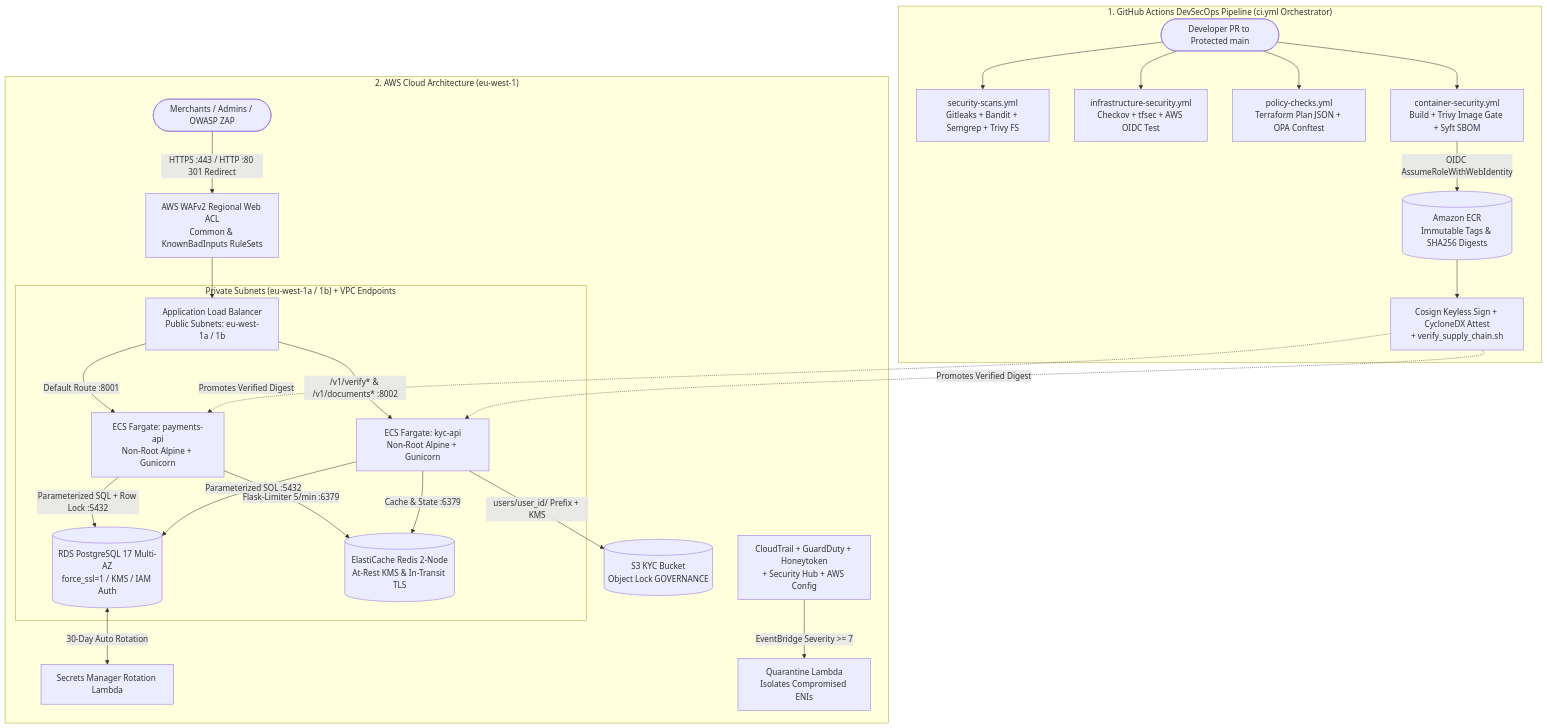
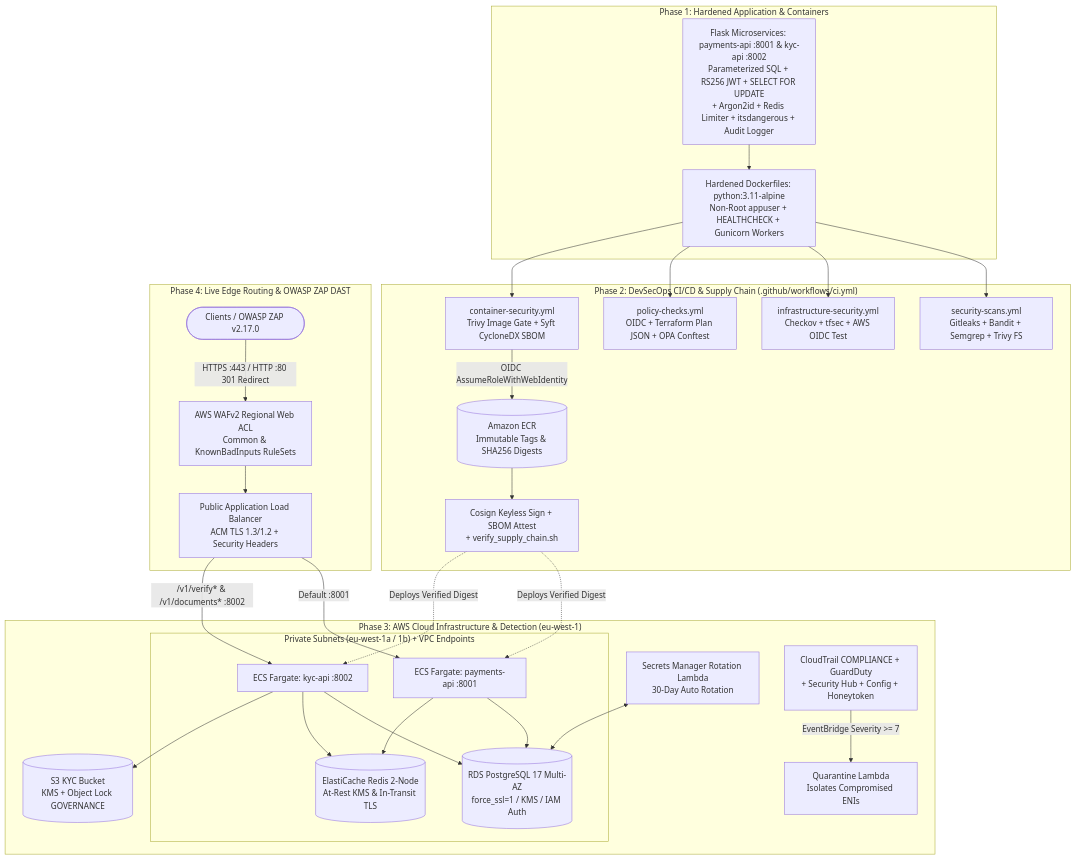
Before and after one commit to ch1n4x4/Sentinelpay: the diagram in README.md, drawn with Mermaid. The commit also changed other lines of this file, not shown here.

Commit message:
docs: add comprehensive SentinelPay architecture, setup, and troubleshooting guides

````diff
--- a/README.md
+++ b/README.md
@@ -55,32 +57,42 @@
 ```mermaid
 graph TB
-    subgraph CICD["1. GitHub Actions DevSecOps Pipeline (ci.yml Orchestrator)"]
-        PR([Developer PR to Protected main]) --> SecScan[security-scans.yml<br/>Gitleaks + Bandit + Semgrep + Trivy FS]
-        PR --> InfraScan[infrastructure-security.yml<br/>Checkov + tfsec + AWS OIDC Test]
-        PR --> PolicyScan[policy-checks.yml<br/>Terraform Plan JSON + OPA Conftest]
-        PR --> ContScan[container-security.yml<br/>Build + Trivy Image Gate + Syft SBOM]
-        ContScan -->|OIDC AssumeRoleWithWebIdentity| ECR[(Amazon ECR<br/>Immutable Tags & SHA256 Digests)]
-        ECR --> Cosign[Cosign Keyless Sign + CycloneDX Attest<br/>+ verify_supply_chain.sh]
+    subgraph Phase1["Phase 1: Hardened Application & Containers"]
+        AppCode[Flask Microservices: payments-api :8001 & kyc-api :8002<br/>Parameterized SQL + RS256 JWT + SELECT FOR UPDATE<br/>+ Argon2id + Redis Limiter + itsdangerous + Audit Logger]
+        Docker[Hardened Dockerfiles: python:3.11-alpine<br/>Non-Root appuser + HEALTHCHECK + Gunicorn Workers]
+        AppCode --> Docker
     end
 
-    subgraph AWS["2. AWS Cloud Architecture (eu-west-1)"]
-        Client([Merchants / Admins / OWASP ZAP]) -->|HTTPS :443 / HTTP :80 301 Redirect| WAF[AWS WAFv2 Regional Web ACL<br/>Common & KnownBadInputs RuleSets]
-        WAF --> ALB[Application Load Balancer<br/>Public Subnets: eu-west-1a / 1b]
-
-        subgraph PrivateVPC["Private Subnets (eu-west-1a / 1b) + VPC Endpoints"]
-            ALB -->|Default Route :8001| PayECS[ECS Fargate: payments-api<br/>Non-Root Alpine + Gunicorn]
-            ALB -->|/v1/verify* & /v1/documents* :8002| KycECS[ECS Fargate: kyc-api<br/>Non-Root Alpine + Gunicorn]
-            PayECS -->|Parameterized SQL + Row Lock :5432| RDS[(RDS PostgreSQL 17 Multi-AZ<br/>force_ssl=1 / KMS / IAM Auth)]
-            KycECS -->|Parameterized SQL :5432| RDS
-            PayECS -->|Flask-Limiter 5/min :6379| Redis[(ElastiCache Redis 2-Node<br/>At-Rest KMS & In-Transit TLS)]
-            KycECS -->|Cache & State :6379| Redis
-        end
-
-        KycECS -->|users/user_id/ Prefix + KMS| S3KYC[(S3 KYC Bucket<br/>Object Lock GOVERNANCE)]
-        RDS <-->|30-Day Auto Rotation| RotLambda[Secrets Manager Rotation Lambda]
-        Detect[CloudTrail + GuardDuty + Honeytoken<br/>+ Security Hub + AWS Config] -->|EventBridge Severity >= 7| QuarLambda[Quarantine Lambda<br/>Isolates Compromised ENIs]
+    subgraph Phase2["Phase 2: DevSecOps CI/CD & Supply Chain (.github/workflows/ci.yml)"]
+        Docker --> SecWf[security-scans.yml<br/>Gitleaks + Bandit + Semgrep + Trivy FS]
+        Docker --> InfraWf[infrastructure-security.yml<br/>Checkov + tfsec + AWS OIDC Test]
+        Docker --> PolWf[policy-checks.yml<br/>OIDC + Terraform Plan JSON + OPA Conftest]
+        Docker --> ContWf[container-security.yml<br/>Trivy Image Gate + Syft CycloneDX SBOM]
+        ContWf -->|OIDC AssumeRoleWithWebIdentity| ECR[(Amazon ECR<br/>Immutable Tags & SHA256 Digests)]
+        ECR --> Cosign[Cosign Keyless Sign + SBOM Attest<br/>+ verify_supply_chain.sh]
     end
 
-    Cosign -.->|Promotes Verified Digest| PayECS
-    Cosign -.->|Promotes Verified Digest| KycECS
+    subgraph Phase3["Phase 3: AWS Cloud Infrastructure & Detection (eu-west-1)"]
+        subgraph PrivateVPC["Private Subnets (eu-west-1a / 1b) + VPC Endpoints"]
+            PayECS[ECS Fargate: payments-api :8001]
+            KycECS[ECS Fargate: kyc-api :8002]
+            RDS[(RDS PostgreSQL 17 Multi-AZ<br/>force_ssl=1 / KMS / IAM Auth)]
+            Redis[(ElastiCache Redis 2-Node<br/>At-Rest KMS & In-Transit TLS)]
+            PayECS --> RDS & Redis
+            KycECS --> RDS & Redis
+        end
+        S3KYC[(S3 KYC Bucket<br/>KMS + Object Lock GOVERNANCE)]
+        RotLambda[Secrets Manager Rotation Lambda<br/>30-Day Auto Rotation]
+        Detect[CloudTrail COMPLIANCE + GuardDuty<br/>+ Security Hub + Config + Honeytoken] -->|EventBridge Severity >= 7| QuarLambda[Quarantine Lambda<br/>Isolates Compromised ENIs]
+        KycECS --> S3KYC
+        RotLambda <--> RDS
+    end
+
+    subgraph Phase4["Phase 4: Live Edge Routing & OWASP ZAP DAST"]
+        ZAP([Clients / OWASP ZAP v2.17.0]) -->|HTTPS :443 / HTTP :80 301 Redirect| WAF[AWS WAFv2 Regional Web ACL<br/>Common & KnownBadInputs RuleSets]
+        WAF --> ALB[Public Application Load Balancer<br/>ACM TLS 1.3/1.2 + Security Headers]
+        ALB -->|Default :8001| PayECS
+        ALB -->|/v1/verify* & /v1/documents* :8002| KycECS
+    end
+
+    Cosign -.->|Deploys Verified Digest| PayECS & KycECS
 ```
````
